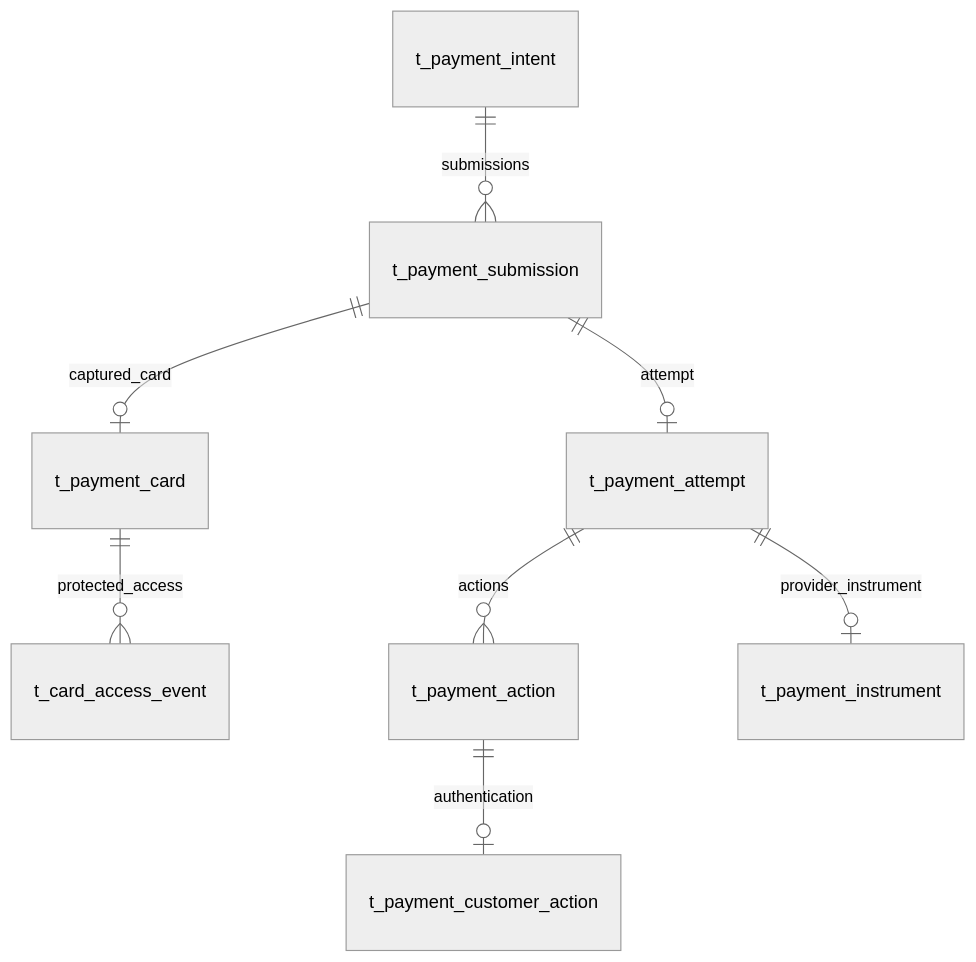
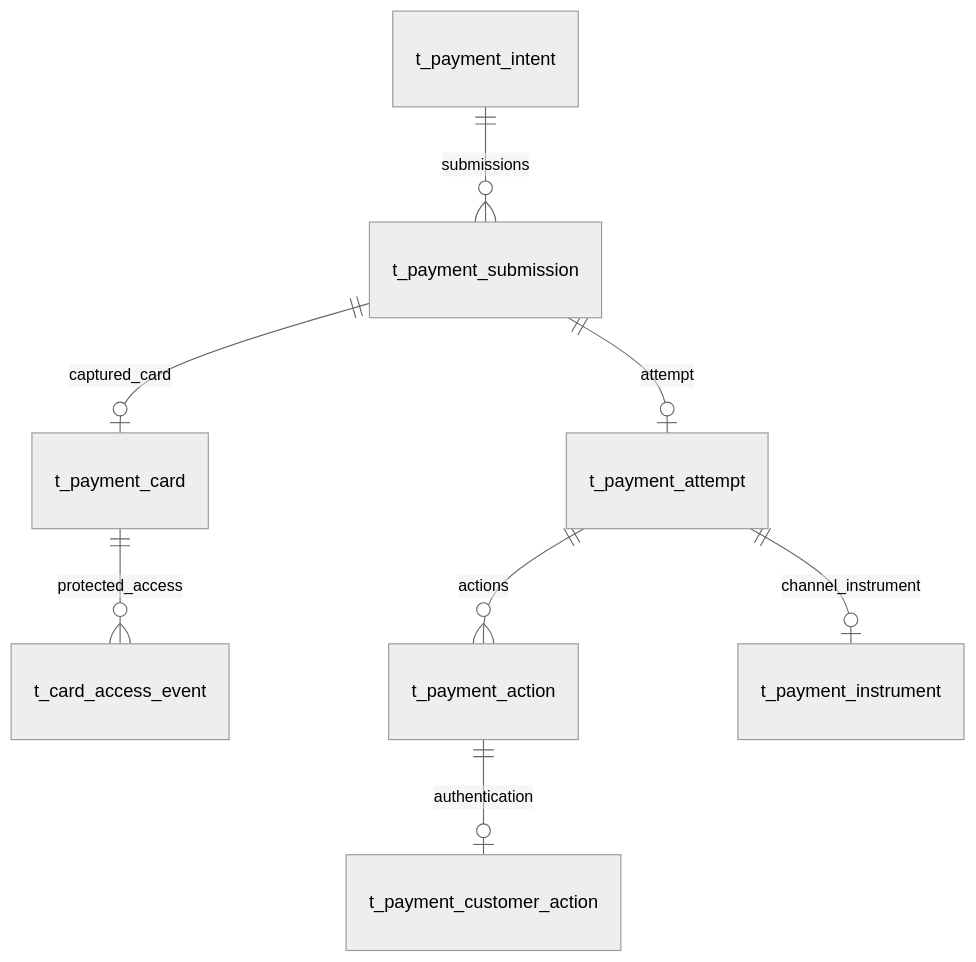
Before and after one commit to kenny0924/paytech: the diagram in requirements/20260912/payment-自建CardVault/data-design.md, drawn with Mermaid (neutral theme). The commit also changed other lines of this file and 124 other files, not shown here.

````diff
--- a/requirements/20260912/payment-自建CardVault/data-design.md
+++ b/requirements/20260912/payment-自建CardVault/data-design.md
@@ -9,10 +11,10 @@
 ```mermaid
 erDiagram
     t_payment_intent ||--o{ t_payment_submission : submissions
     t_payment_submission ||--o| t_payment_attempt : attempt
     t_payment_submission ||--o| t_payment_card : captured_card
     t_payment_card ||--o{ t_card_access_event : protected_access
     t_payment_attempt ||--o{ t_payment_action : actions
     t_payment_action ||--o| t_payment_customer_action : authentication
-    t_payment_attempt ||--o| t_payment_instrument : provider_instrument
+    t_payment_attempt ||--o| t_payment_instrument : channel_instrument
 ```
````
